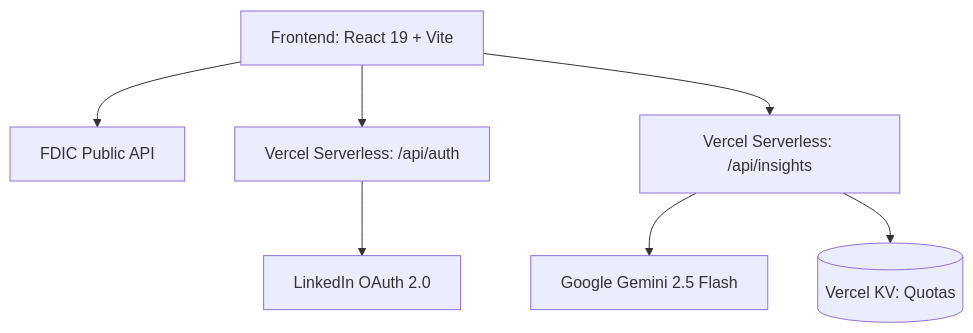
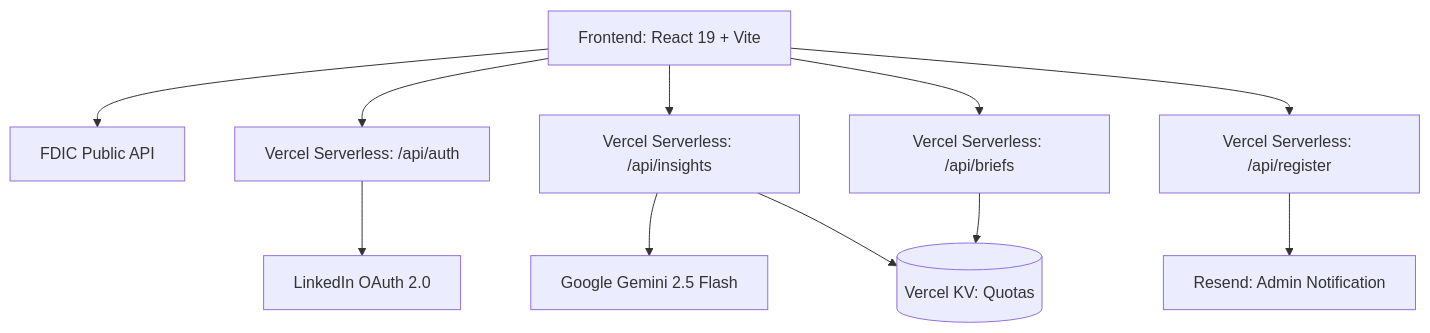
One commit to vchamasr-ux/bank-value-benchmark-mvp changed the diagram in docs/ARCHITECTURE.md. Above: the diagram before and after it, drawn with Mermaid. The commit also changed other lines of this file and 15 other files, not shown here.

````diff
--- a/docs/ARCHITECTURE.md
+++ b/docs/ARCHITECTURE.md
@@ -9,10 +9,14 @@
 ```mermaid
 graph TD
     UI[Frontend: React 19 + Vite] --> FDIC[FDIC Public API]
     UI --> AuthProxy[Vercel Serverless: /api/auth]
     UI --> AIProxy[Vercel Serverless: /api/insights]
-    
+    UI --> BriefsProxy[Vercel Serverless: /api/briefs]
+    UI --> RegProxy[Vercel Serverless: /api/register]
+
     AuthProxy --> LinkedIn[LinkedIn OAuth 2.0]
     AIProxy --> Gemini[Google Gemini 2.5 Flash]
     AIProxy --> KV[(Vercel KV: Quotas)]
+    BriefsProxy --> KV
+    RegProxy --> Email[Resend: Admin Notification]
 ```
````
